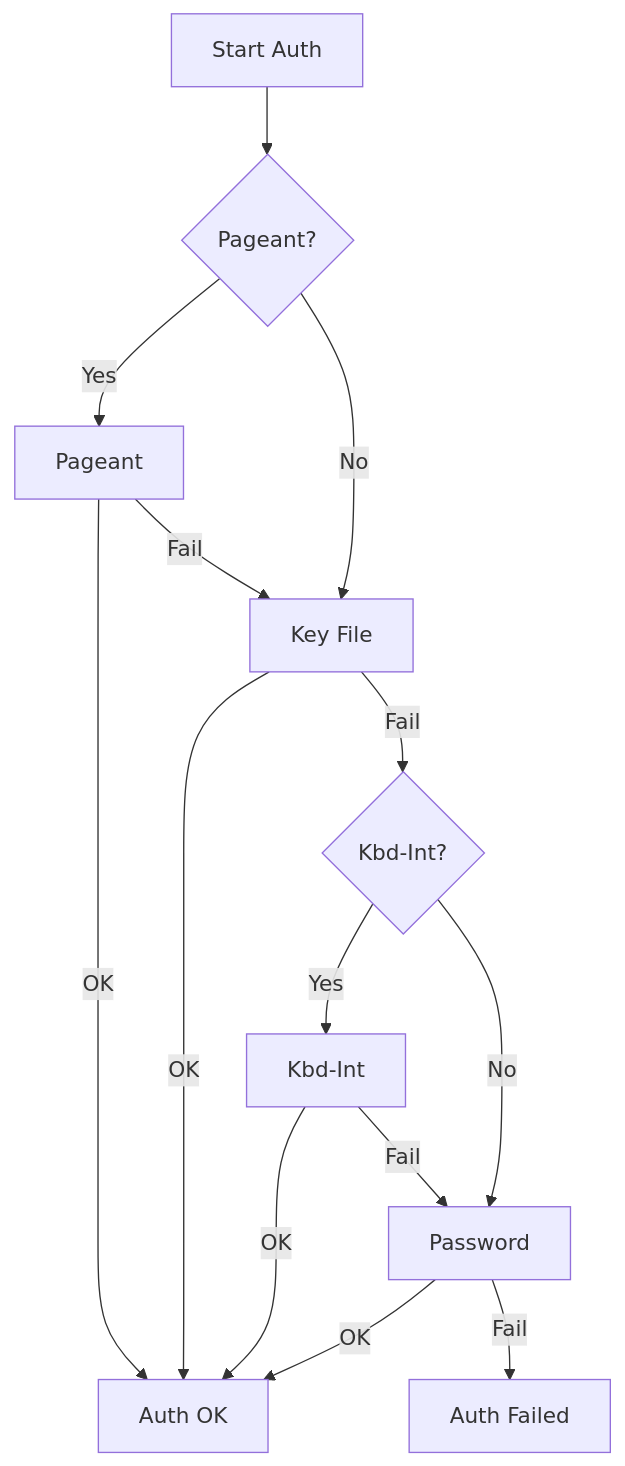
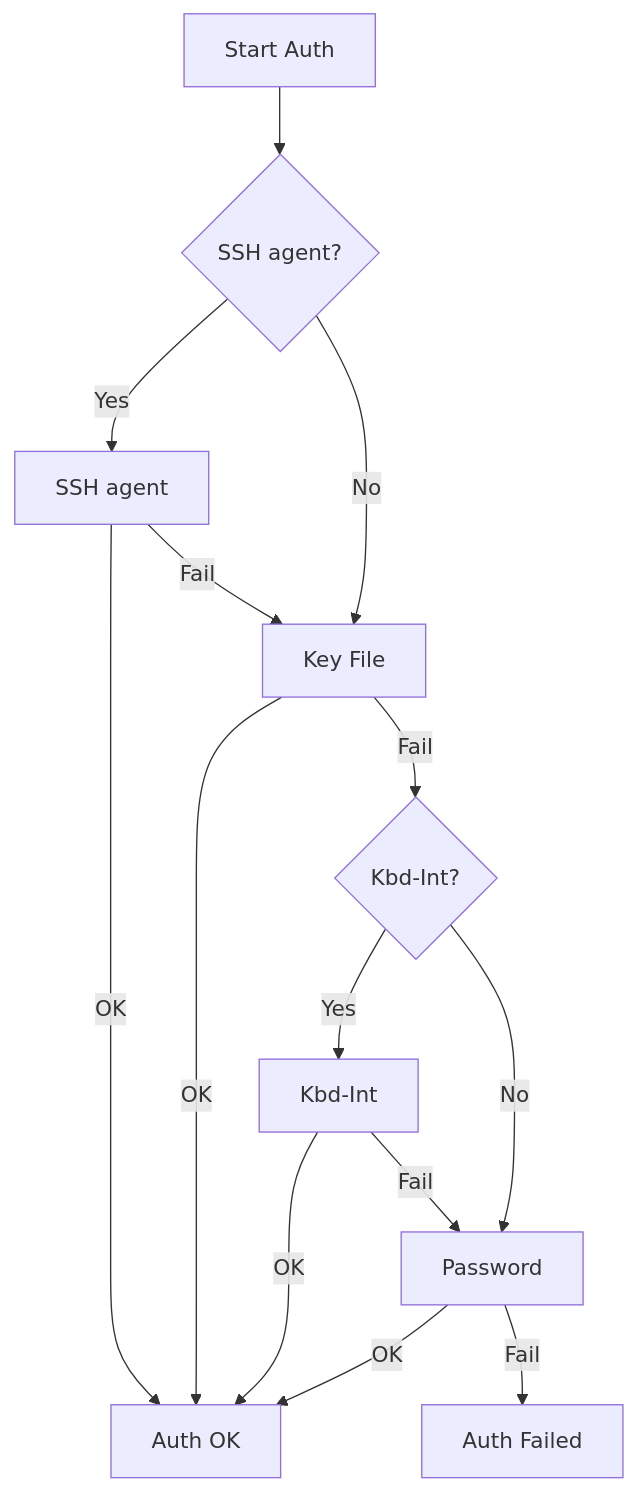
The fourth of 7 diagrams in README.md (wzj-zz/totalcmd_sftp), drawn with Mermaid before and after one commit. The commit also changed other lines of this file and 2 other files, not shown here.

Commit message:
Fix ProxyJump SSH agent auth and clarify OpenSSH support

````diff
--- a/README.md
+++ b/README.md
@@ -342,16 +342,16 @@
 ```mermaid
 flowchart TD
-    Start[Start Auth] --> P1{Pageant?}
-    P1 -->|Yes| P2[Pageant]
+    Start[Start Auth] --> P1{SSH agent?}
+    P1 -->|Yes| P2[SSH agent]
     P1 -->|No| K1[Key File]
     P2 -->|OK| Done[Auth OK]
     P2 -->|Fail| K1
     K1 -->|OK| Done
     K1 -->|Fail| K2{Kbd-Int?}
     K2 -->|Yes| K3[Kbd-Int]
     K2 -->|No| PW[Password]
     K3 -->|OK| Done
     K3 -->|Fail| PW
     PW -->|OK| Done
     PW -->|Fail| Err[Auth Failed]
 ```
````
